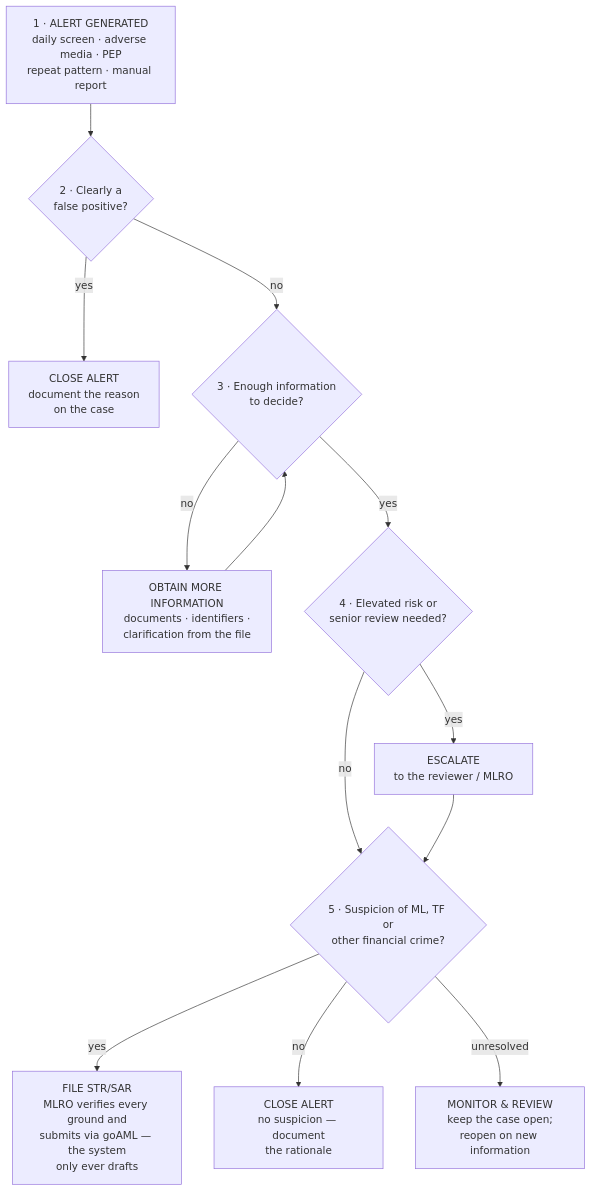
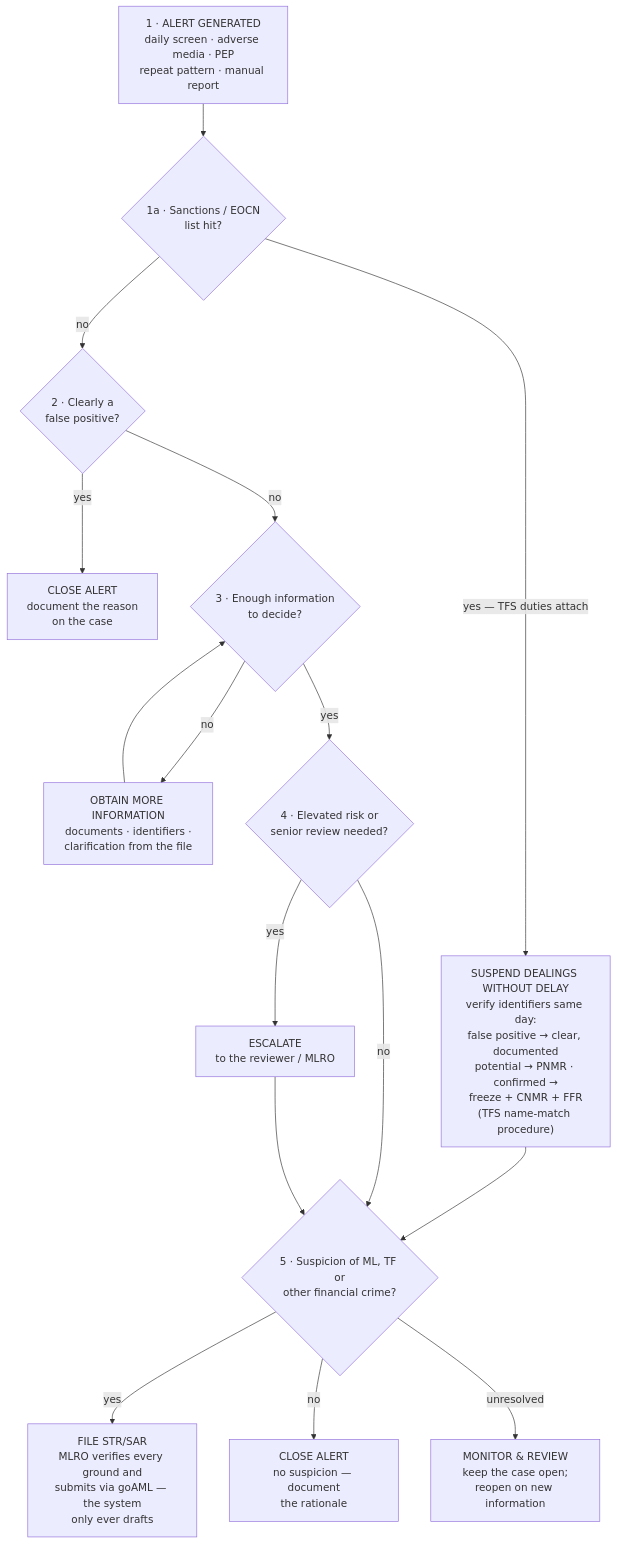
Before and after one commit to trex0092/HAWKEYE-STERLING-RA: the diagram in docs/user-guides/alert-investigation-decision-tree.md, drawn with Mermaid. The commit also changed other lines of this file and 16 other files, not shown here.

````diff
--- a/docs/user-guides/alert-investigation-decision-tree.md
+++ b/docs/user-guides/alert-investigation-decision-tree.md
@@ -14,15 +20,18 @@
 ```mermaid
 flowchart TD
-    A["1 · ALERT GENERATED<br/>daily screen · adverse media · PEP<br/>repeat pattern · manual report"] --> B{"2 · Clearly a<br/>false positive?"}
+    A["1 · ALERT GENERATED<br/>daily screen · adverse media · PEP<br/>repeat pattern · manual report"] --> T{"1a · Sanctions / EOCN<br/>list hit?"}
+    T -- "yes — TFS duties attach" --> TF["SUSPEND DEALINGS WITHOUT DELAY<br/>verify identifiers same day:<br/>false positive → clear, documented<br/>potential → PNMR · confirmed →<br/>freeze + CNMR + FFR<br/>(TFS name-match procedure)"]
+    TF --> H
+    T -- no --> B{"2 · Clearly a<br/>false positive?"}
     B -- yes --> C["CLOSE ALERT<br/>document the reason<br/>on the case"]
     B -- no --> D{"3 · Enough information<br/>to decide?"}
     D -- no --> E["OBTAIN MORE INFORMATION<br/>documents · identifiers ·<br/>clarification from the file"]
     E --> D
     D -- yes --> F{"4 · Elevated risk or<br/>senior review needed?"}
     F -- yes --> G["ESCALATE<br/>to the reviewer / MLRO"]
     F -- no --> H{"5 · Suspicion of ML, TF or<br/>other financial crime?"}
     G --> H
     H -- yes --> I["FILE STR/SAR<br/>MLRO verifies every ground and<br/>submits via goAML — the system<br/>only ever drafts"]
     H -- no --> J["CLOSE ALERT<br/>no suspicion — document<br/>the rationale"]
     H -- unresolved --> K["MONITOR & REVIEW<br/>keep the case open;<br/>reopen on new information"]
 ```
````
